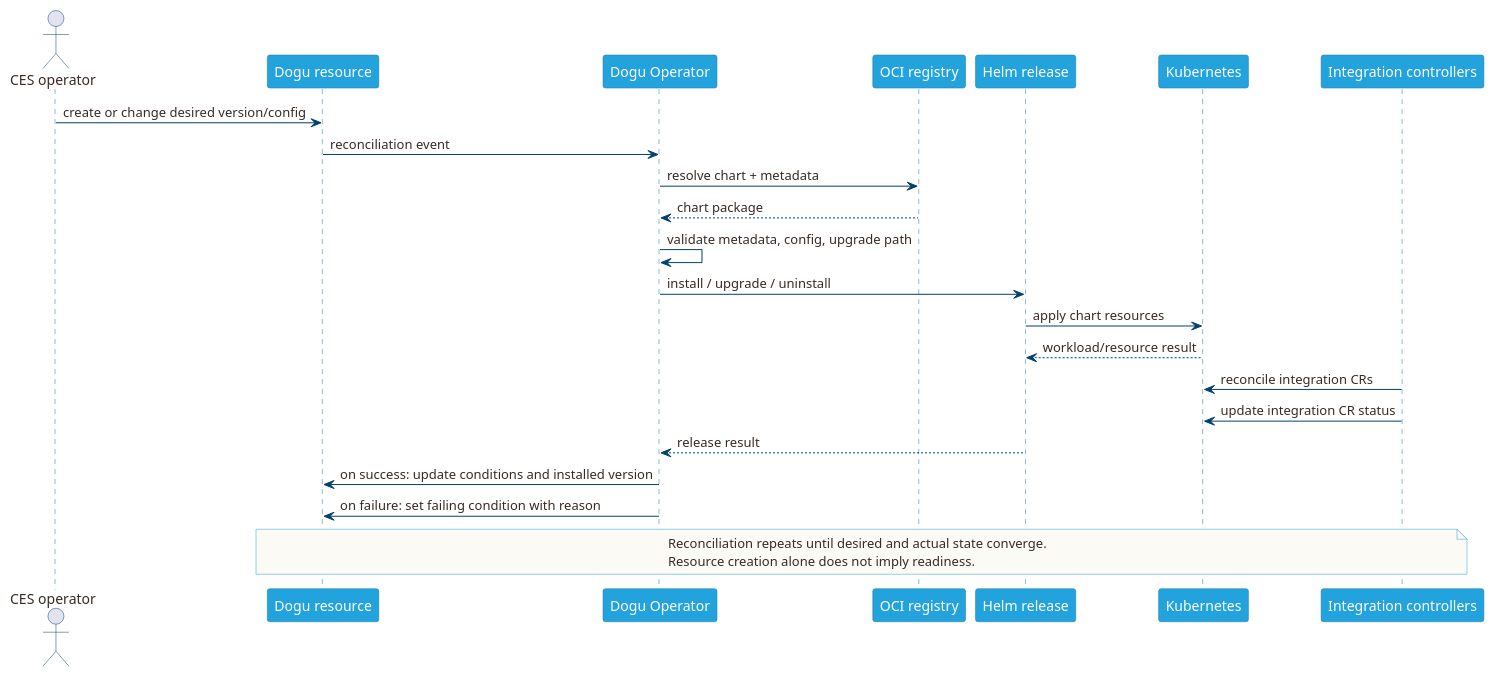
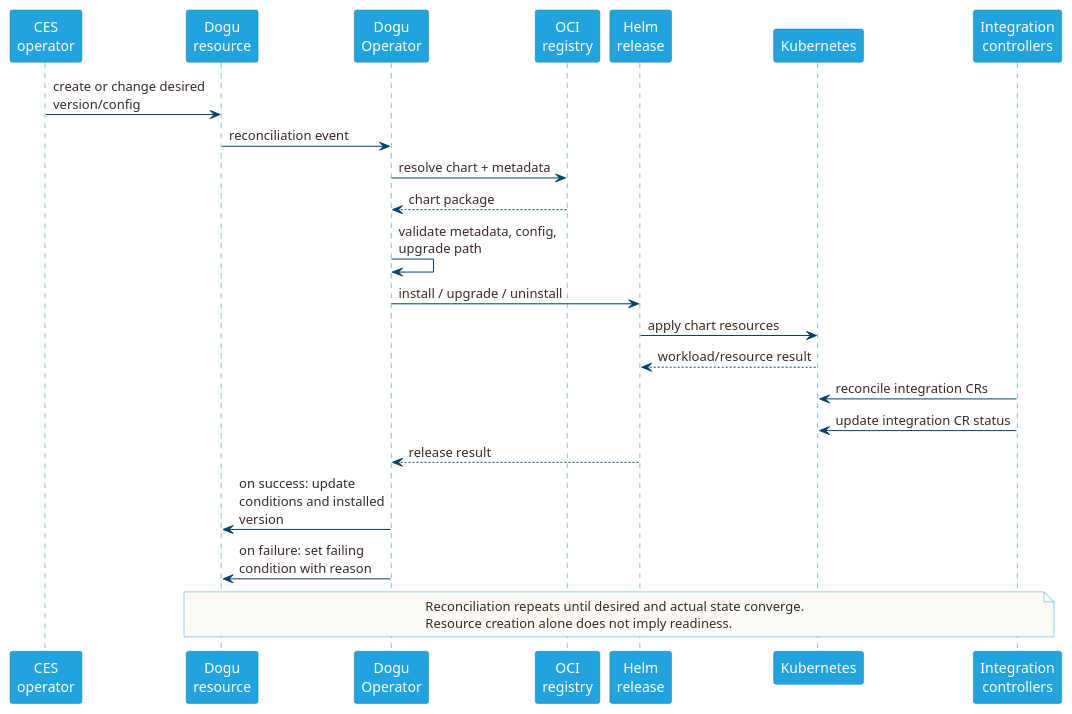
Before and after one commit to cloudogu/dogu-development-docs: the diagram in docs/v3/images/multinode-lifecycle.puml, drawn with PlantUML. The commit also changed 13 other files, not shown here.

Commit message:
#88 Improve Dogu V3 partner guidance and diagrams

```diff
--- a/docs/v3/images/multinode-lifecycle.puml
+++ b/docs/v3/images/multinode-lifecycle.puml
@@ -1,46 +1,47 @@
 @startuml
 skinparam backgroundColor white
 skinparam shadowing false
 skinparam ActorBorderColor #00426B
 skinparam ActorFontColor #392A25
 skinparam NoteBackgroundColor #FCFAF4
 skinparam NoteBorderColor #23A3DD
 skinparam NoteFontColor #392A25
+skinparam maxMessageSize 180
 skinparam sequence {
   ArrowColor #00426B
   ArrowFontColor #392A25
   LifeLineBorderColor #1978A3
   ParticipantBackgroundColor #23A3DD
   ParticipantBorderColor #1978A3
   ParticipantFontColor #FFFFFF
 }
 
-actor "CES operator" as user
-participant "Dogu resource" as dogu
-participant "Dogu Operator" as operator
-participant "OCI registry" as registry
-participant "Helm release" as helm
+participant "CES\noperator" as user
+participant "Dogu\nresource" as dogu
+participant "Dogu\nOperator" as operator
+participant "OCI\nregistry" as registry
+participant "Helm\nrelease" as helm
 participant "Kubernetes" as kubernetes
-participant "Integration controllers" as integrations
+participant "Integration\ncontrollers" as integrations
 
 user -> dogu : create or change desired version/config
 dogu -> operator : reconciliation event
 operator -> registry : resolve chart + metadata
 registry --> operator : chart package
 operator -> operator : validate metadata, config, upgrade path
 
 operator -> helm : install / upgrade / uninstall
 helm -> kubernetes : apply chart resources
 kubernetes --> helm : workload/resource result
 integrations -> kubernetes : reconcile integration CRs
 integrations -> kubernetes : update integration CR status
 helm --> operator : release result
 operator -> dogu : on success: update conditions and installed version
 operator -> dogu : on failure: set failing condition with reason
 
 note over dogu,integrations
 Reconciliation repeats until desired and actual state converge.
 Resource creation alone does not imply readiness.
 end note
 
 @enduml
```
